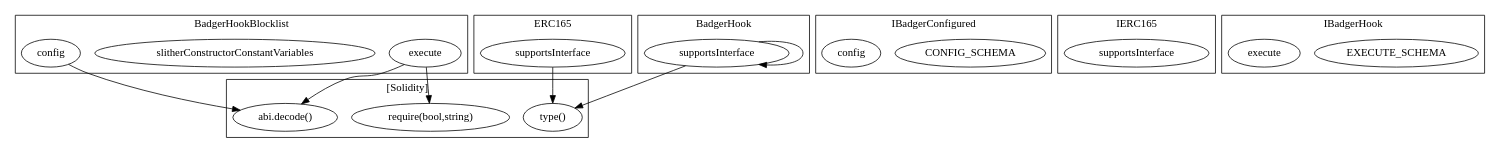
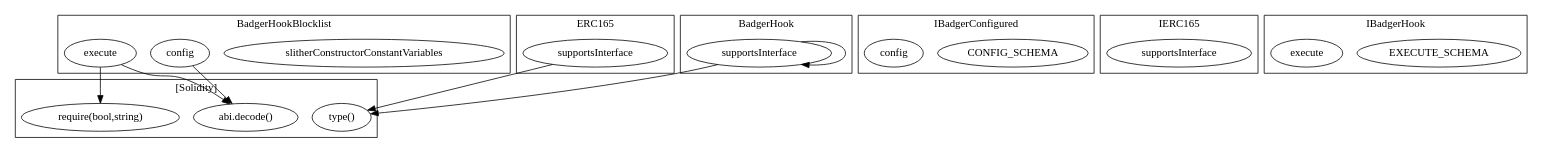
Before and after one commit to FlipsideCrypto/badger: the diagram in contracts/build/...BadgerHookBlocklist.call-graph.dot, drawn with Graphviz. The commit also changed other lines of this file and 21 other files, not shown here.

```diff
--- a/contracts/build/...BadgerHookBlocklist.call-graph.dot
+++ b/contracts/build/...BadgerHookBlocklist.call-graph.dot
@@ -1,36 +1,36 @@
 strict digraph {
 subgraph cluster_5410_BadgerHookBlocklist {
 label = "BadgerHookBlocklist"
-"5410_execute" [label="execute"]
 "5410_slitherConstructorConstantVariables" [label="slitherConstructorConstantVariables"]
 "5410_config" [label="config"]
+"5410_execute" [label="execute"]
 }subgraph cluster_6468_IBadgerConfigured {
 label = "IBadgerConfigured"
 "6468_CONFIG_SCHEMA" [label="CONFIG_SCHEMA"]
 "6468_config" [label="config"]
 }subgraph cluster_3081_ERC165 {
 label = "ERC165"
 "3081_supportsInterface" [label="supportsInterface"]
 }subgraph cluster_3093_IERC165 {
 label = "IERC165"
 "3093_supportsInterface" [label="supportsInterface"]
 }subgraph cluster_6488_IBadgerHook {
 label = "IBadgerHook"
 "6488_EXECUTE_SCHEMA" [label="EXECUTE_SCHEMA"]
 "6488_execute" [label="execute"]
 }subgraph cluster_4956_BadgerHook {
 label = "BadgerHook"
 "4956_supportsInterface" [label="supportsInterface"]
 "4956_supportsInterface" -> "4956_supportsInterface"
 }subgraph cluster_solidity {
 label = "[Solidity]"
 "abi.decode()" 
 "require(bool,string)" 
 "type()" 
+"5410_execute" -> "require(bool,string)"
+"4956_supportsInterface" -> "type()"
+"5410_config" -> "abi.decode()"
 "3081_supportsInterface" -> "type()"
 "5410_execute" -> "abi.decode()"
-"5410_config" -> "abi.decode()"
-"4956_supportsInterface" -> "type()"
-"5410_execute" -> "require(bool,string)"
 }
 }
```
